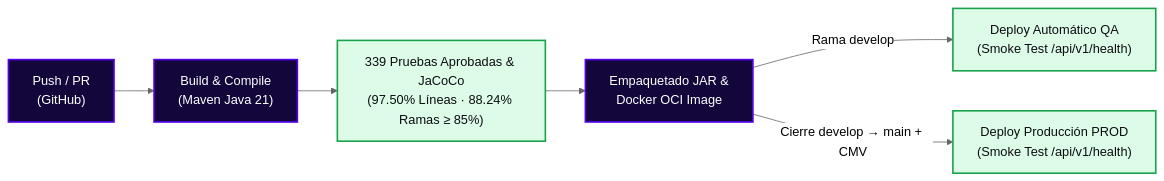
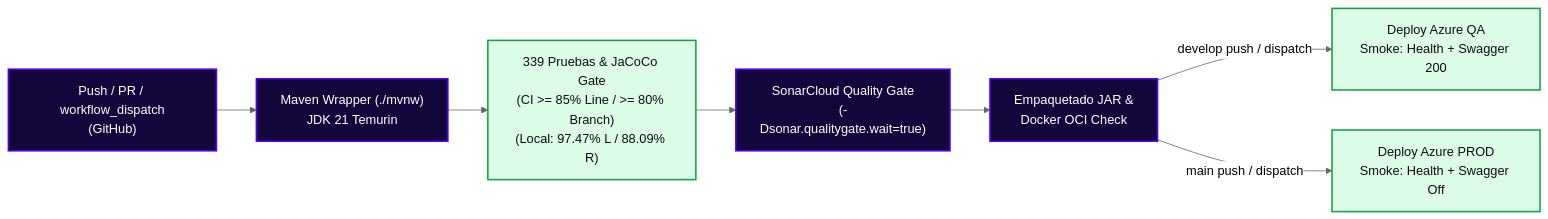
The diagram in docs/secciones/09-cicd-pipeline.md (StyleRadar1/PT8080-Donations-Service), drawn with Mermaid (neutral theme) before and after one commit. The commit also changed other lines of this file and 10 other files, not shown here.

Commit message:
fix(ci-prod): exigir Sonar Quality Gate en CI, habilitar dispatch QA y deshabilitar Swagger en PROD

````diff
--- a/docs/secciones/09-cicd-pipeline.md
+++ b/docs/secciones/09-cicd-pipeline.md
@@ -19,14 +25,15 @@
 ```mermaid
 flowchart LR
-    A["Push / PR<br>(GitHub)"] --> B["Build & Compile<br>(Maven Java 21)"]
-    B --> C["339 Pruebas Aprobadas & JaCoCo<br>(97.50% Líneas · 88.24% Ramas ≥ 85%)"]
-    C --> D["Empaquetado JAR &<br>Docker OCI Image"]
-    D -->|Rama develop| E["Deploy Automático QA<br>(Smoke Test /api/v1/health)"]
-    D -->|Cierre develop → main + CMV| F["Deploy Producción PROD<br>(Smoke Test /api/v1/health)"]
+    A["Push / PR / workflow_dispatch<br>(GitHub)"] --> B["Maven Wrapper (./mvnw)<br>JDK 21 Temurin"]
+    B --> C["339 Pruebas & JaCoCo Gate<br>(CI >= 85% Line / >= 80% Branch)<br>(Local: 97.47% L / 88.09% R)"]
+    C --> D["SonarCloud Quality Gate<br>(-Dsonar.qualitygate.wait=true)"]
+    D --> E["Empaquetado JAR &<br>Docker OCI Check"]
+    E -->|develop push / dispatch| F["Deploy Azure QA<br>Smoke: Health + Swagger 200"]
+    E -->|main push / dispatch| G["Deploy Azure PROD<br>Smoke: Health + Swagger Off"]
 
     classDef step fill:#12063A,stroke:#5600EF,stroke-width:2px,color:#FFFFFF;
     classDef pass fill:#DCFCE7,stroke:#16A34A,stroke-width:2px,color:#0C0C12;
 
-    class A,B,D step;
-    class C,E,F pass;
+    class A,B,D,E step;
+    class C,F,G pass;
 ```
````
